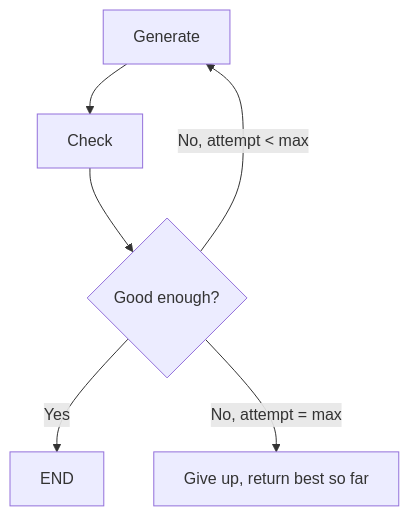
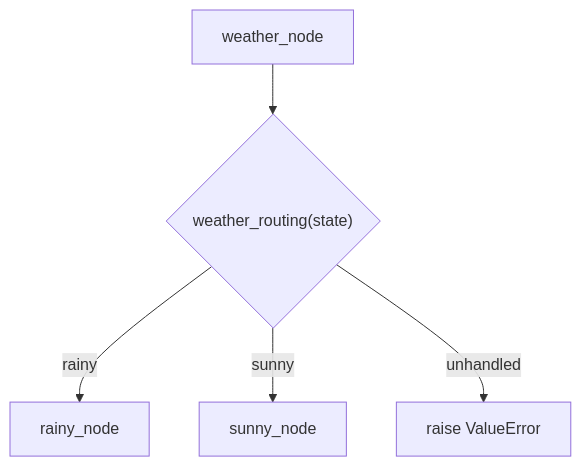
The second of 8 diagrams in tutorials/03_langgraph_fundamentals_INTERVIEW_TUTORIAL.md (Sourav692/AI-ENGINEERING-DEMYSTIFIED), drawn with Mermaid before and after one commit. The commit also changed other lines of this file and 13 other files, not shown here.

````diff
--- a/tutorials/03_langgraph_fundamentals_INTERVIEW_TUTORIAL.md
+++ b/tutorials/03_langgraph_fundamentals_INTERVIEW_TUTORIAL.md
@@ -122,8 +116,7 @@
 ```mermaid
 flowchart TD
-  A["Generate"] --> B["Check"]
-  B --> C{"Good enough?"}
-  C -->|"Yes"| E["END"]
-  C -->|"No, attempt < max"| A
-  C -->|"No, attempt = max"| F["Give up, return best so far"]
+    W["weather_node"] --> R{"weather_routing(state)"}
+    R -->|"rainy"| RN["rainy_node"]
+    R -->|"sunny"| SN["sunny_node"]
+    R -->|"unhandled"| ERR["raise ValueError"]
 ```
````
